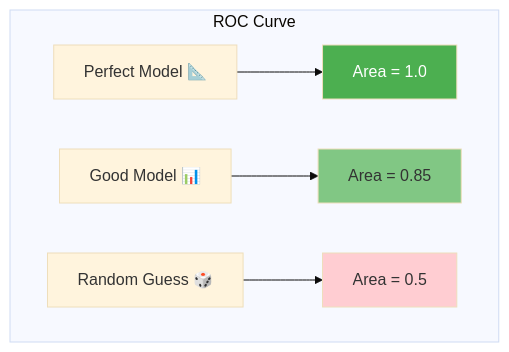
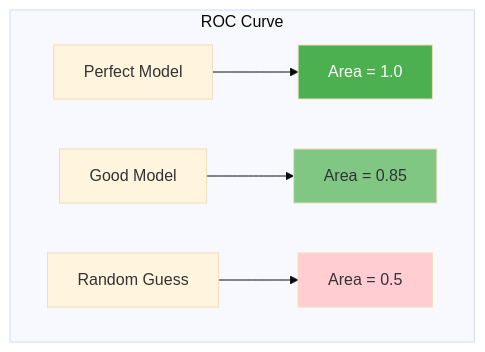
Before and after one commit to SITES-spectral/phenocai: the tenth of 16 diagrams in docs/workflow_evaluation.md, drawn with Mermaid (base theme). The commit also changed other lines of this file and 4 other files, not shown here.

````diff
--- a/docs/workflow_evaluation.md
+++ b/docs/workflow_evaluation.md
@@ -182,12 +182,12 @@
 ```mermaid
 graph TD
     subgraph ROC Curve
-        A[Perfect Model 📐] --> B[Area = 1.0]
-        C[Good Model 📊] --> D[Area = 0.85]
-        E[Random Guess 🎲] --> F[Area = 0.5]
+        A[Perfect Model] --> B[Area = 1.0]
+        C[Good Model] --> D[Area = 0.85]
+        E[Random Guess] --> F[Area = 0.5]
     end
     
     style B fill:#4caf50,color:#fff
     style D fill:#81c784
     style F fill:#ffcdd2
 ```
````
